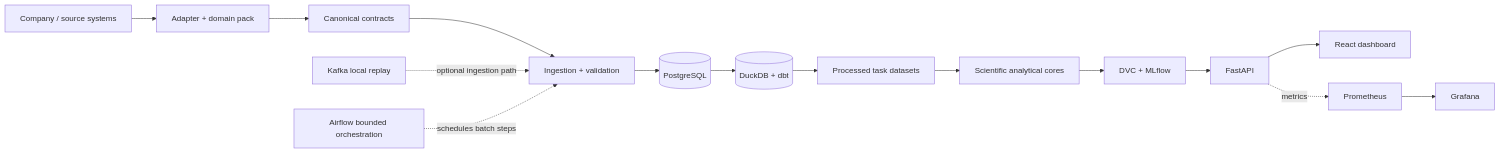
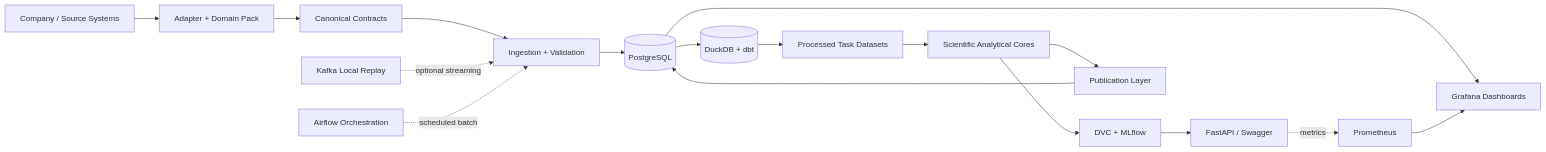
Before and after one commit to Eclipse-XS/FMCG-Sales-Intelligence: the diagram in README.md, drawn with Mermaid. The commit also changed other lines of this file and 192 other files, not shown here.

````diff
--- a/README.md
+++ b/README.md
@@ -19,17 +23,19 @@
 ```mermaid
 flowchart LR
-  A[Company / source systems] --> B[Adapter + domain pack]
-  B --> C[Canonical contracts]
-  C --> D[Ingestion + validation]
+  A[Company / Source Systems] --> B[Adapter + Domain Pack]
+  B --> C[Canonical Contracts]
+  C --> D[Ingestion + Validation]
   D --> E[(PostgreSQL)]
   E --> F[(DuckDB + dbt)]
-  F --> G[Processed task datasets]
-  G --> H[Scientific analytical cores]
+  F --> G[Processed Task Datasets]
+  G --> H[Scientific Analytical Cores]
   H --> I[DVC + MLflow]
-  I --> J[FastAPI]
-  J --> K[React dashboard]
-  L[Kafka local replay] -. optional ingestion path .-> D
-  M[Airflow bounded orchestration] -. schedules batch steps .-> D
+  I --> J[FastAPI / Swagger]
+  H --> P[Publication Layer]
+  P --> E
+  E --> O[Grafana Dashboards]
+  L[Kafka Local Replay] -. optional streaming .-> D
+  M[Airflow Orchestration] -. scheduled batch .-> D
   J -. metrics .-> N[Prometheus]
-  N --> O[Grafana]
+  N --> O
 ```
````
